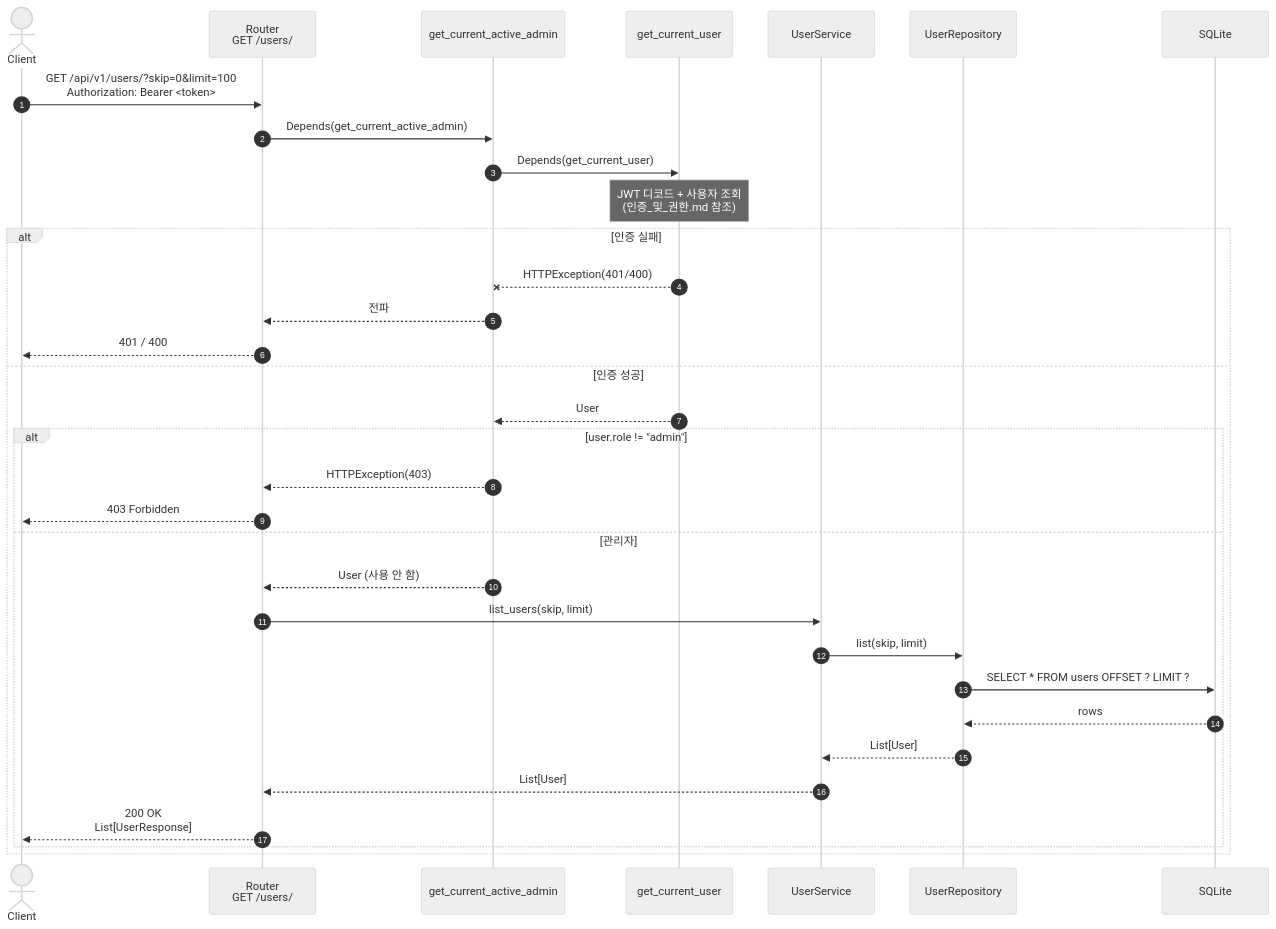
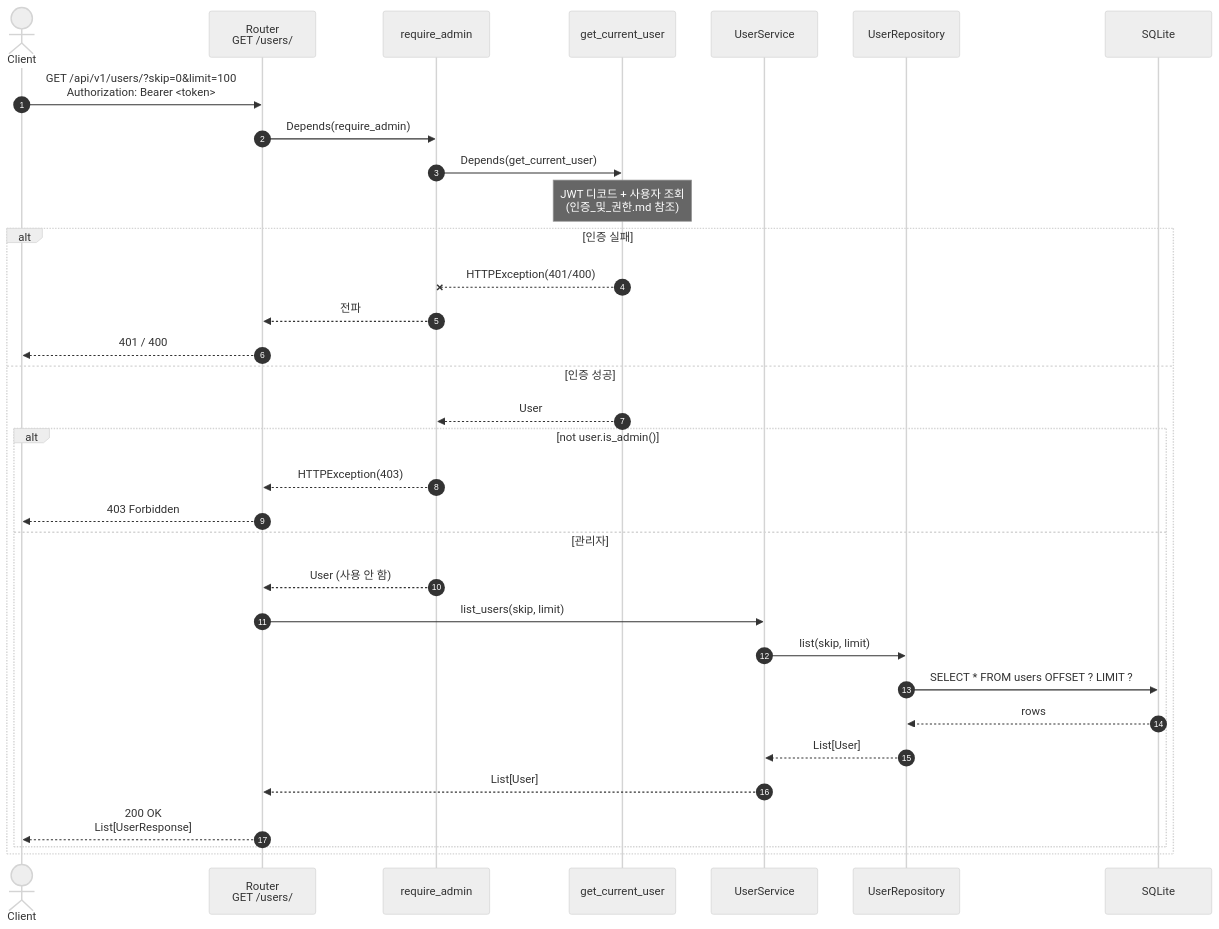
Before and after one commit to hjp7461/fastapi-sample: the diagram in docs/diagram/사용자_목록_관리자.md, drawn with Mermaid (neutral theme). The commit also changed other lines of this file and 7 other files, not shown here.

First line of the commit message:
docs(diagram): require_* 명명 + staff 권한 + Product viewer 분기 정합

````diff
--- a/docs/diagram/사용자_목록_관리자.md
+++ b/docs/diagram/사용자_목록_관리자.md
@@ -15,37 +15,37 @@
 ```mermaid
 sequenceDiagram
     autonumber
     actor Client
     participant Router as Router<br/>GET /users/
-    participant Admin as get_current_active_admin
+    participant Admin as require_admin
     participant User as get_current_user
     participant UService as UserService
     participant Repo as UserRepository
     participant DB as SQLite
 
     Client->>Router: GET /api/v1/users/?skip=0&limit=100<br/>Authorization: Bearer <token>
-    Router->>Admin: Depends(get_current_active_admin)
+    Router->>Admin: Depends(require_admin)
     Admin->>User: Depends(get_current_user)
     Note over User: JWT 디코드 + 사용자 조회<br/>(인증_및_권한.md 참조)
 
     alt 인증 실패
         User--xAdmin: HTTPException(401/400)
         Admin-->>Router: 전파
         Router-->>Client: 401 / 400
     else 인증 성공
         User-->>Admin: User
-        alt user.role != "admin"
+        alt not user.is_admin()
             Admin-->>Router: HTTPException(403)
             Router-->>Client: 403 Forbidden
         else 관리자
             Admin-->>Router: User (사용 안 함)
             Router->>UService: list_users(skip, limit)
             UService->>Repo: list(skip, limit)
             Repo->>DB: SELECT * FROM users OFFSET ? LIMIT ?
             DB-->>Repo: rows
             Repo-->>UService: List[User]
             UService-->>Router: List[User]
             Router-->>Client: 200 OK<br/>List[UserResponse]
         end
     end
 ```
````
